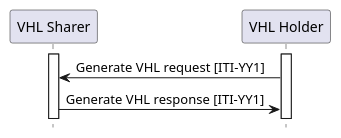
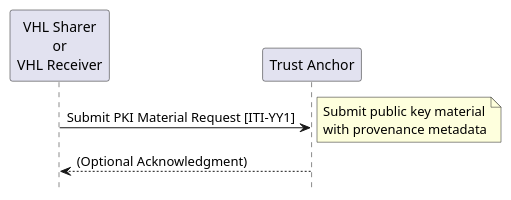
One commit to IHE/ITI.VHL changed the diagram in input/images-source/ITI-YY1.plantuml. Above: the diagram before and after it, drawn with PlantUML. The commit also changed 14 other files, not shown here.

```diff
--- a/input/images-source/ITI-YY1.plantuml
+++ b/input/images-source/ITI-YY1.plantuml
@@ -1,15 +1,16 @@
 @startuml
 skinparam svgDimensionStyle false
 hide footbox
-participant "VHL Sharer" as VHLS
-participant "VHL Holder" as VHLH
 
-activate VHLH
-activate VHLS
+participant "VHL Sharer\nor\nVHL Receiver" as Submitter
+participant "Trust Anchor" as TA
 
+Submitter -> TA: Submit PKI Material Request [ITI-YY1]
+note right
+  Submit public key material
+  with provenance metadata
+end note
 
-VHLH -> VHLS : Generate VHL request [ITI-YY1]
-VHLS -> VHLH : Generate VHL response [ITI-YY1]
-
+TA --> Submitter: (Optional Acknowledgment)
 
 @enduml
```
